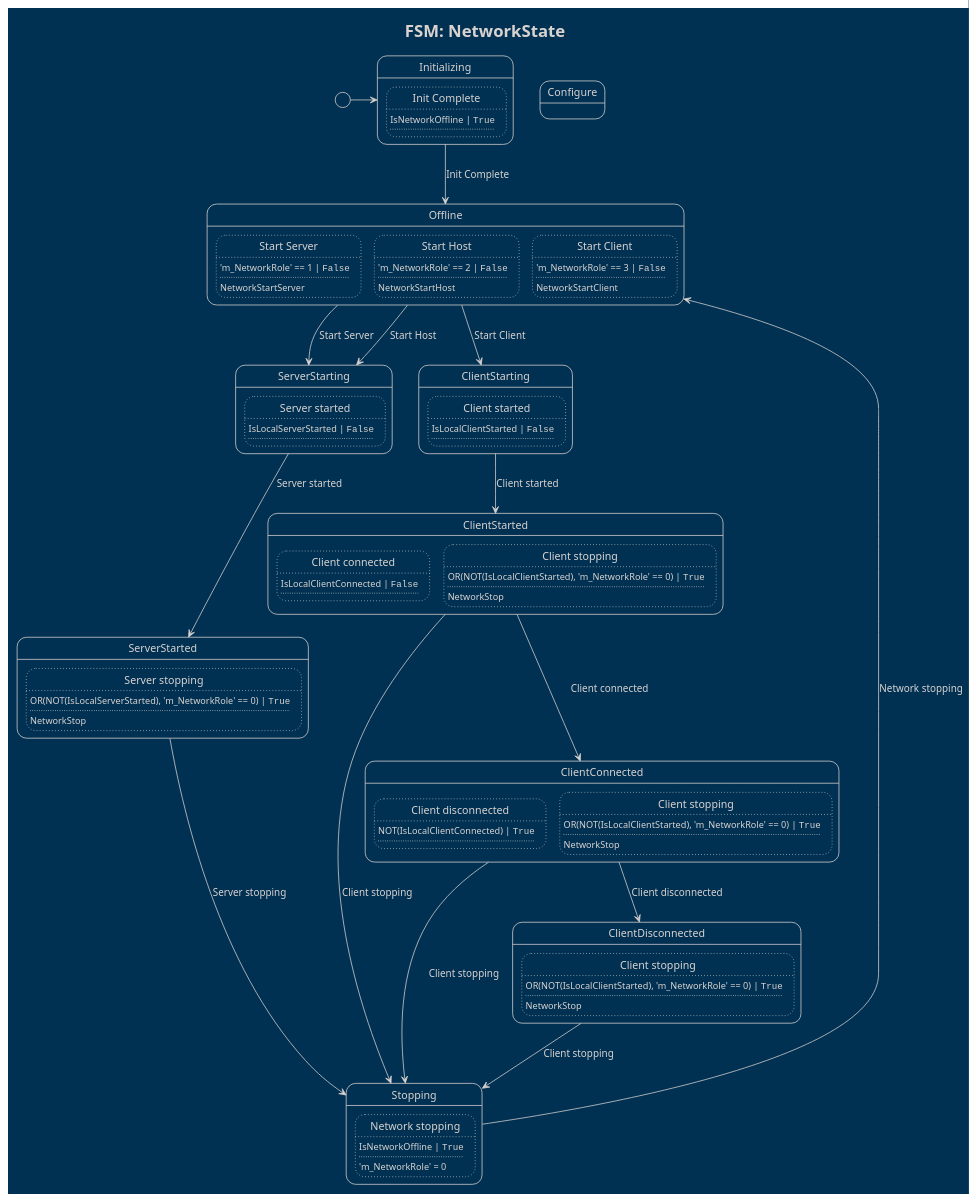
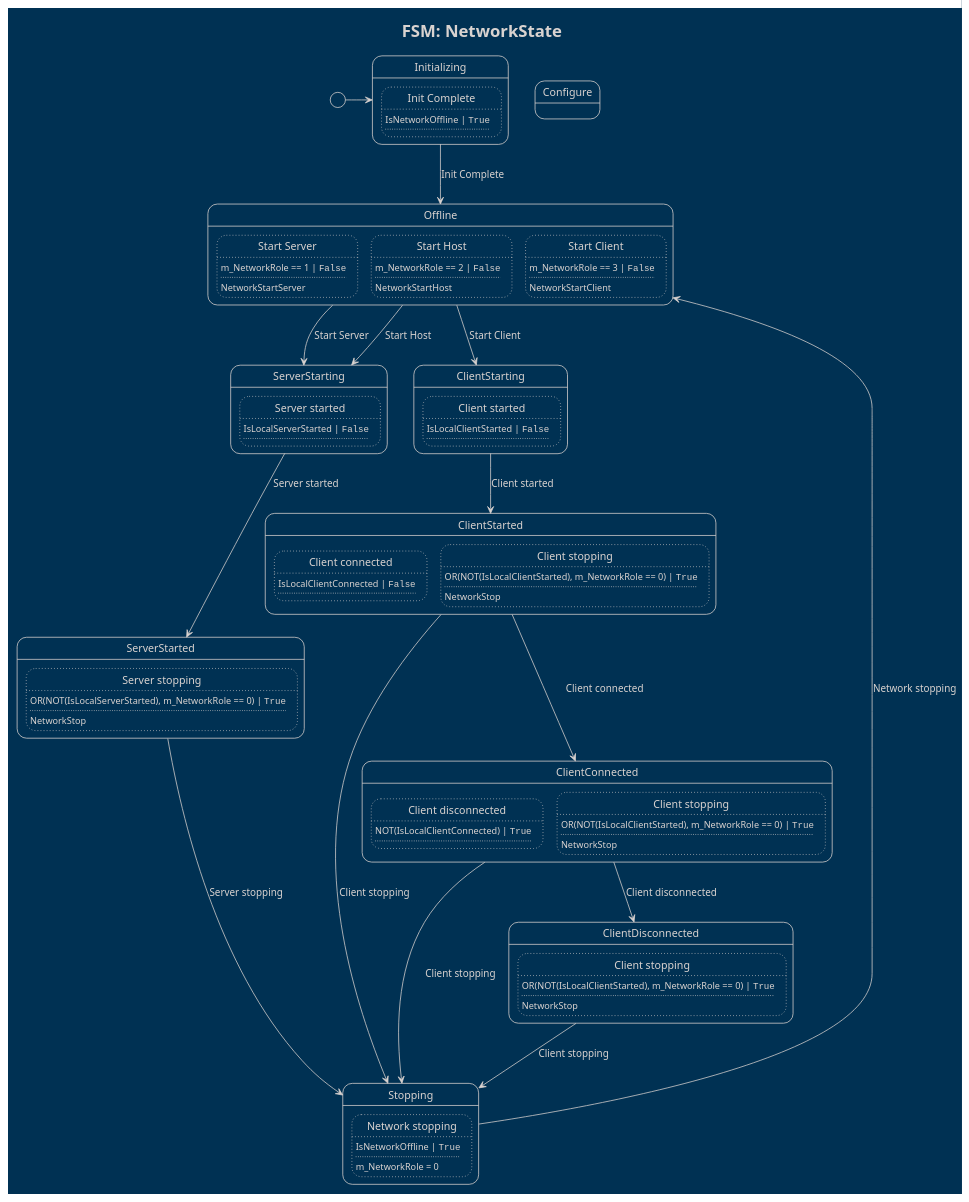
The diagram in PlantUML Diagrams/CodeSmile.BetterNetcode.Network.NetworkState.puml (CodeSmile-0000011110110111/WriteBetterNetcode), drawn with PlantUML before and after one commit. The commit also changed 15 other files, not shown here.

```diff
--- a/PlantUML Diagrams/CodeSmile.BetterNetcode.Network.NetworkState.puml
+++ b/PlantUML Diagrams/CodeSmile.BetterNetcode.Network.NetworkState.puml
@@ -1,129 +1,129 @@
 @startuml
 
 !theme blueprint
 hide empty description
 
 title FSM: NetworkState
 
 state "Initializing" as state0
 state state0 {
 	state "Init Complete" as state0_trans0
 	state state0_trans0 #line.dotted {
 		state0_trans0 : IsNetworkOffline | ""True""
 		state0_trans0 : ....
 	}
 }
 state "Offline" as state1
 state state1 {
 	state "Start Server" as state1_trans0
 	state state1_trans0 #line.dotted {
-		state1_trans0 : 'm_NetworkRole' == 1 | ""False""
+		state1_trans0 : m_NetworkRole == 1 | ""False""
 		state1_trans0 : ....
 		state1_trans0 : NetworkStartServer
 	}
 	state "Start Host" as state1_trans1
 	state state1_trans1 #line.dotted {
-		state1_trans1 : 'm_NetworkRole' == 2 | ""False""
+		state1_trans1 : m_NetworkRole == 2 | ""False""
 		state1_trans1 : ....
 		state1_trans1 : NetworkStartHost
 	}
 	state "Start Client" as state1_trans2
 	state state1_trans2 #line.dotted {
-		state1_trans2 : 'm_NetworkRole' == 3 | ""False""
+		state1_trans2 : m_NetworkRole == 3 | ""False""
 		state1_trans2 : ....
 		state1_trans2 : NetworkStartClient
 	}
 }
 state "Configure" as state2
 state state2 {
 }
 state "Stopping" as state3
 state state3 {
 	state "Network stopping" as state3_trans0
 	state state3_trans0 #line.dotted {
 		state3_trans0 : IsNetworkOffline | ""True""
 		state3_trans0 : ....
-		state3_trans0 : 'm_NetworkRole' = 0
+		state3_trans0 : m_NetworkRole = 0
 	}
 }
 state "ServerStarting" as state4
 state state4 {
 	state "Server started" as state4_trans0
 	state state4_trans0 #line.dotted {
 		state4_trans0 : IsLocalServerStarted | ""False""
 		state4_trans0 : ....
 	}
 }
 state "ServerStarted" as state5
 state state5 {
 	state "Server stopping" as state5_trans0
 	state state5_trans0 #line.dotted {
-		state5_trans0 : OR(NOT(IsLocalServerStarted), 'm_NetworkRole' == 0) | ""True""
+		state5_trans0 : OR(NOT(IsLocalServerStarted), m_NetworkRole == 0) | ""True""
 		state5_trans0 : ....
 		state5_trans0 : NetworkStop
 	}
 }
 state "ClientStarting" as state6
 state state6 {
 	state "Client started" as state6_trans0
 	state state6_trans0 #line.dotted {
 		state6_trans0 : IsLocalClientStarted | ""False""
 		state6_trans0 : ....
 	}
 }
 state "ClientStarted" as state7
 state state7 {
 	state "Client connected" as state7_trans0
 	state state7_trans0 #line.dotted {
 		state7_trans0 : IsLocalClientConnected | ""False""
 		state7_trans0 : ....
 	}
 	state "Client stopping" as state7_trans1
 	state state7_trans1 #line.dotted {
-		state7_trans1 : OR(NOT(IsLocalClientStarted), 'm_NetworkRole' == 0) | ""True""
+		state7_trans1 : OR(NOT(IsLocalClientStarted), m_NetworkRole == 0) | ""True""
 		state7_trans1 : ....
 		state7_trans1 : NetworkStop
 	}
 }
 state "ClientConnected" as state8
 state state8 {
 	state "Client disconnected" as state8_trans0
 	state state8_trans0 #line.dotted {
 		state8_trans0 : NOT(IsLocalClientConnected) | ""True""
 		state8_trans0 : ....
 	}
 	state "Client stopping" as state8_trans1
 	state state8_trans1 #line.dotted {
-		state8_trans1 : OR(NOT(IsLocalClientStarted), 'm_NetworkRole' == 0) | ""True""
+		state8_trans1 : OR(NOT(IsLocalClientStarted), m_NetworkRole == 0) | ""True""
 		state8_trans1 : ....
 		state8_trans1 : NetworkStop
 	}
 }
 state "ClientDisconnected" as state9
 state state9 {
 	state "Client stopping" as state9_trans0
 	state state9_trans0 #line.dotted {
-		state9_trans0 : OR(NOT(IsLocalClientStarted), 'm_NetworkRole' == 0) | ""True""
+		state9_trans0 : OR(NOT(IsLocalClientStarted), m_NetworkRole == 0) | ""True""
 		state9_trans0 : ....
 		state9_trans0 : NetworkStop
 	}
 }
 
 
 [*] -> state0
 state0 --> state1 : Init Complete
 state1 --> state4 : Start Server
 state1 --> state4 : Start Host
 state1 --> state6 : Start Client
 state3 --> state1 : Network stopping
 state4 --> state5 : Server started
 state5 --> state3 : Server stopping
 state6 --> state7 : Client started
 state7 --> state8 : Client connected
 state7 --> state3 : Client stopping
 state8 --> state9 : Client disconnected
 state8 --> state3 : Client stopping
 state9 --> state3 : Client stopping
 
 
 @enduml
```
